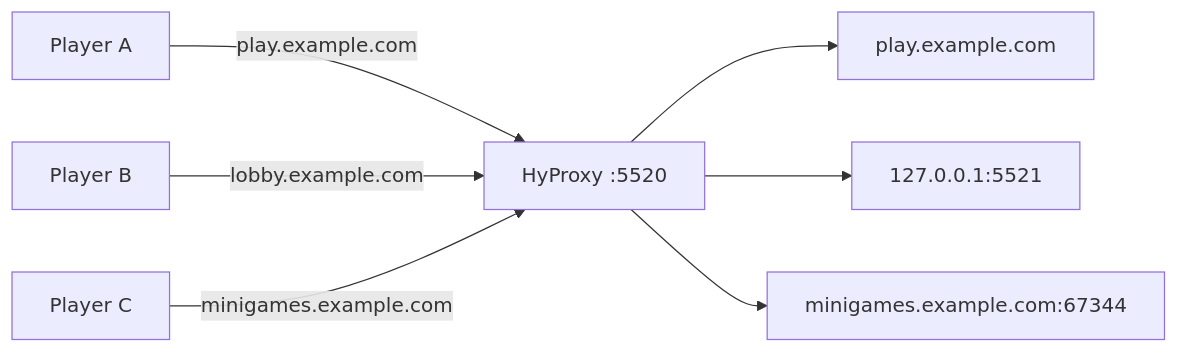
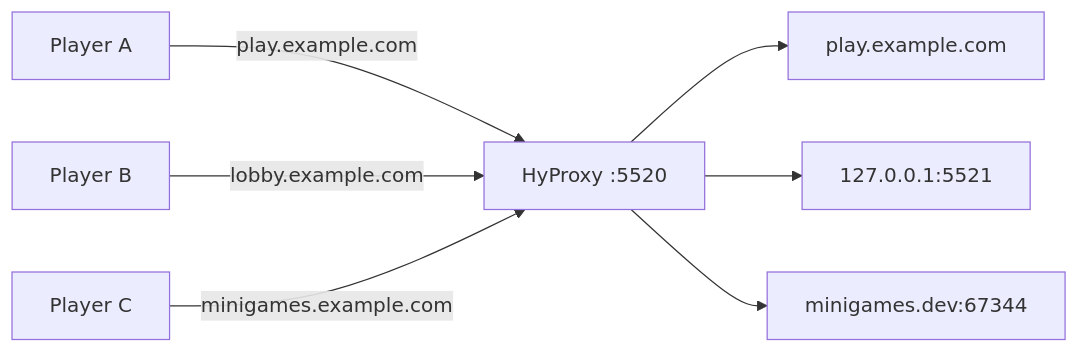
One commit to HyBuild-net/quic-relay changed the diagram in README.md. Above: the diagram before and after it, drawn with Mermaid.

````diff
--- a/README.md
+++ b/README.md
@@ -13,6 +13,6 @@
 ```mermaid
 flowchart LR
     A[Player A] -->|play.example.com| P[HyProxy :5520] --> S1[play.example.com]
     B[Player B] -->|lobby.example.com| P --> S2[127.0.0.1:5521]
-    C[Player C] -->|minigames.example.com| P --> S3[minigames.example.com:67344]
+    C[Player C] -->|minigames.example.com| P --> S3[minigames.dev:67344]
 ```
````
